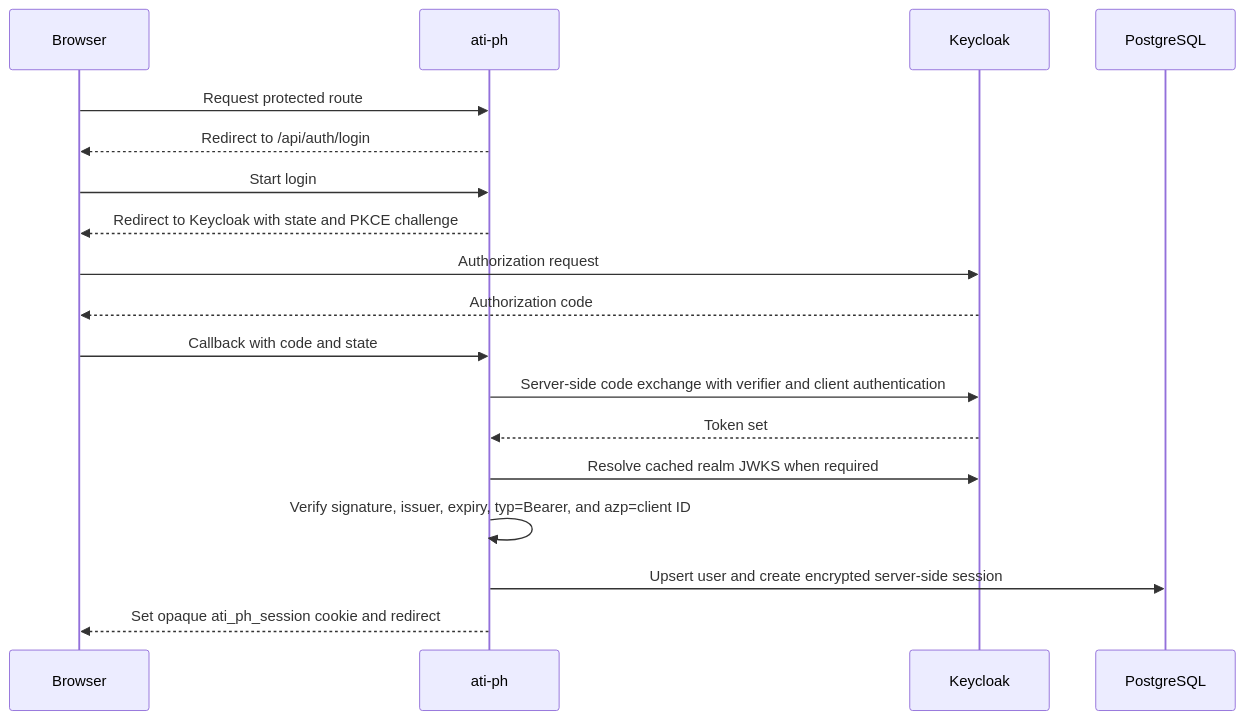
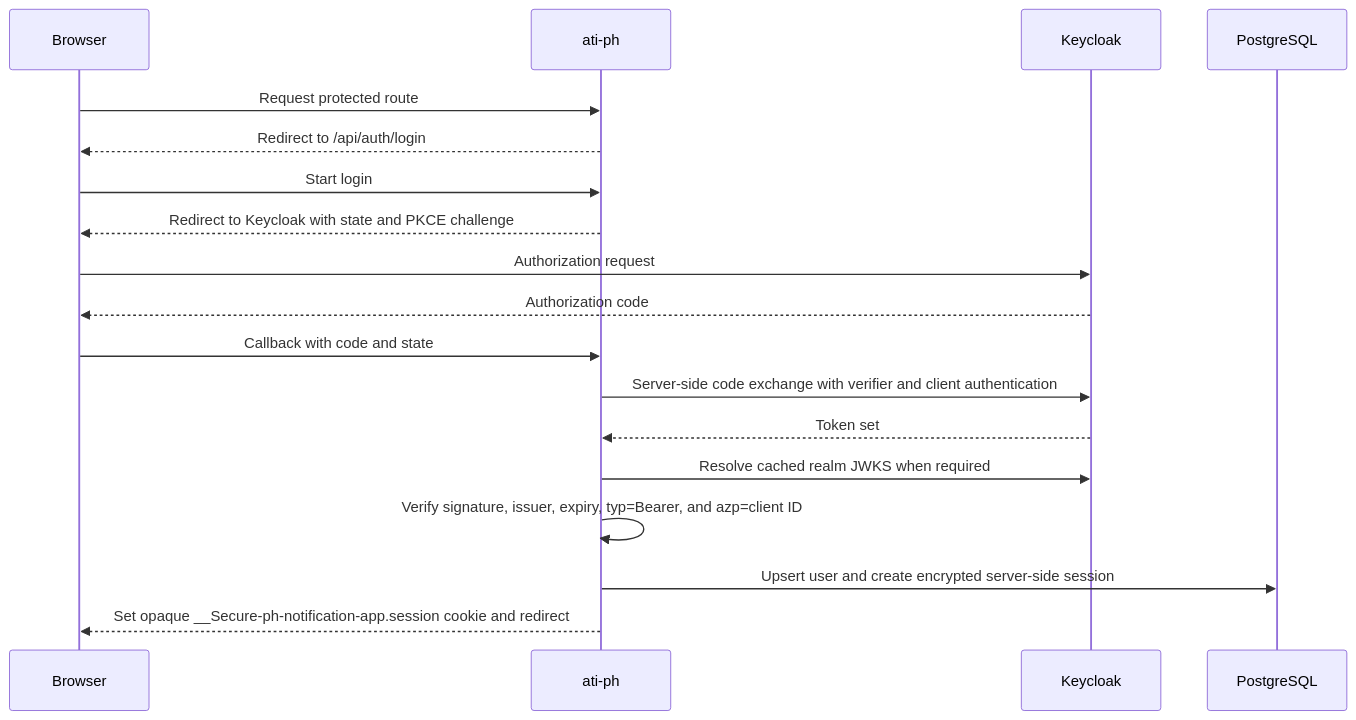
Before and after one commit to anshacerbia2/ati-ph: the fourth of 4 diagrams in architecture.md, drawn with Mermaid. The commit also changed other lines of this file and 5 other files, not shown here.

````diff
--- a/architecture.md
+++ b/architecture.md
@@ -759,21 +759,21 @@
 ```mermaid
 sequenceDiagram
     participant B as Browser
     participant PH as ati-ph
     participant KC as Keycloak
     participant DB as PostgreSQL
 
     B->>PH: Request protected route
     PH-->>B: Redirect to /api/auth/login
     B->>PH: Start login
     PH-->>B: Redirect to Keycloak with state and PKCE challenge
     B->>KC: Authorization request
     KC-->>B: Authorization code
     B->>PH: Callback with code and state
     PH->>KC: Server-side code exchange with verifier and client authentication
     KC-->>PH: Token set
     PH->>KC: Resolve cached realm JWKS when required
     PH->>PH: Verify signature, issuer, expiry, typ=Bearer, and azp=client ID
     PH->>DB: Upsert user and create encrypted server-side session
-    PH-->>B: Set opaque ati_ph_session cookie and redirect
+    PH-->>B: Set opaque __Secure-ph-notification-app.session cookie and redirect
 ```
````
